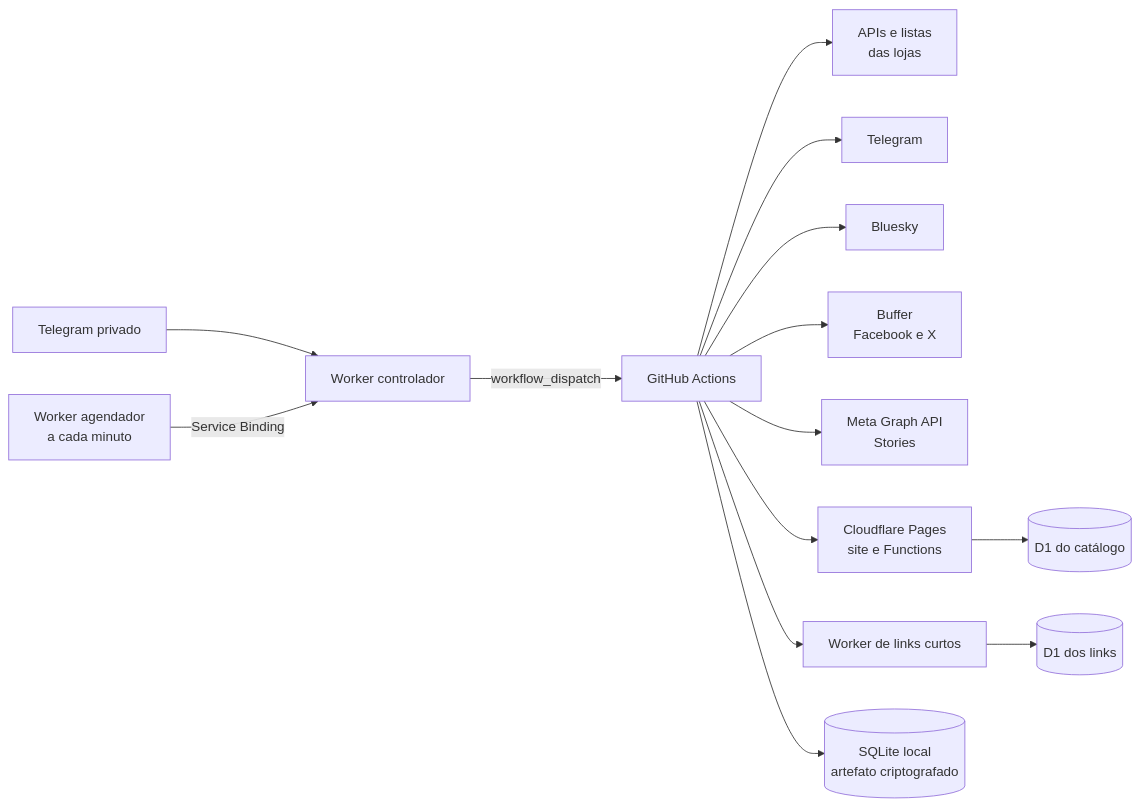
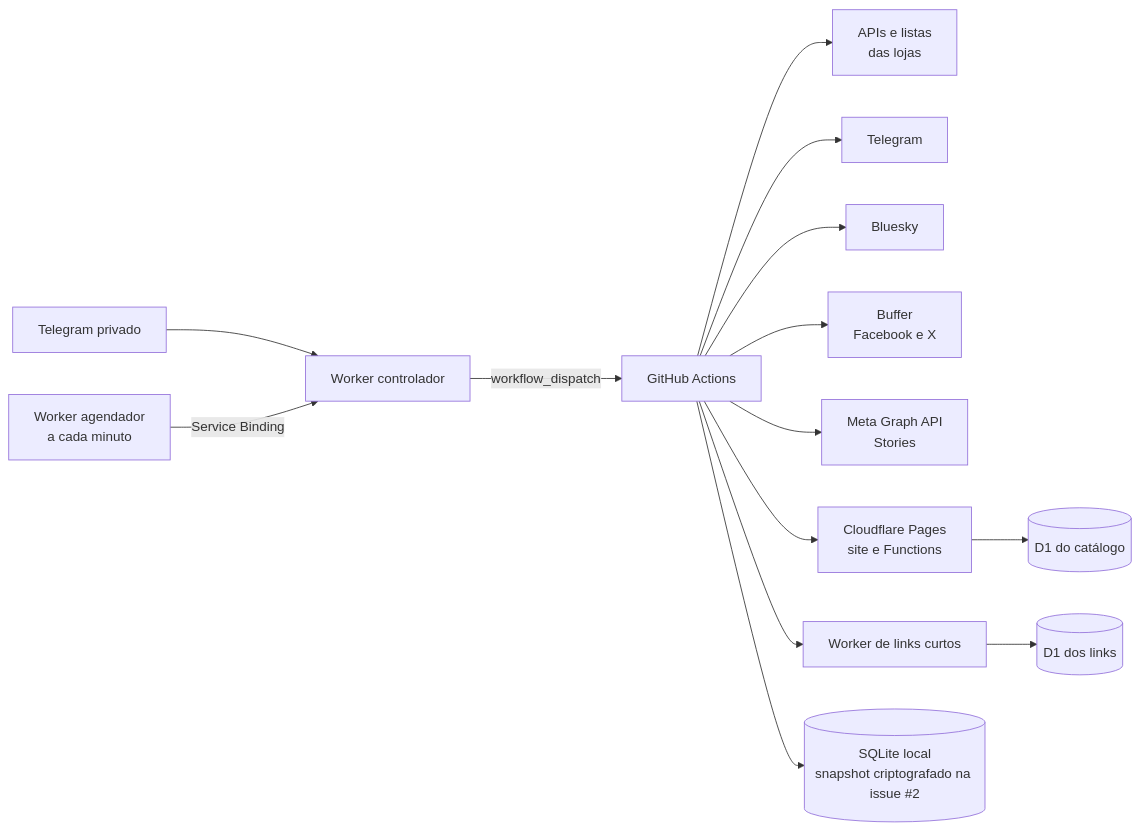
The diagram in CONTEXTO-DO-PROJETO.md (mrson93/bot-tl-01), drawn with Mermaid before and after one commit. The commit also changed other lines of this file and 5 other files, not shown here.

````diff
--- a/CONTEXTO-DO-PROJETO.md
+++ b/CONTEXTO-DO-PROJETO.md
@@ -78,16 +78,16 @@
 ```mermaid
 flowchart LR
     A[Telegram privado] --> B[Worker controlador]
     S[Worker agendador<br/>a cada minuto] -->|Service Binding| B
     B -->|workflow_dispatch| G[GitHub Actions]
     G --> F[APIs e listas<br/>das lojas]
     G --> T[Telegram]
     G --> K[Bluesky]
     G --> U[Buffer<br/>Facebook e X]
     G --> M[Meta Graph API<br/>Stories]
     G --> P[Cloudflare Pages<br/>site e Functions]
     G --> R[Worker de links curtos]
     P --> D1[(D1 do catálogo)]
     R --> D2[(D1 dos links)]
-    G --> E[(SQLite local<br/>artefato criptografado)]
+    G --> E[(SQLite local<br/>snapshot criptografado na issue #2)]
 ```
````
